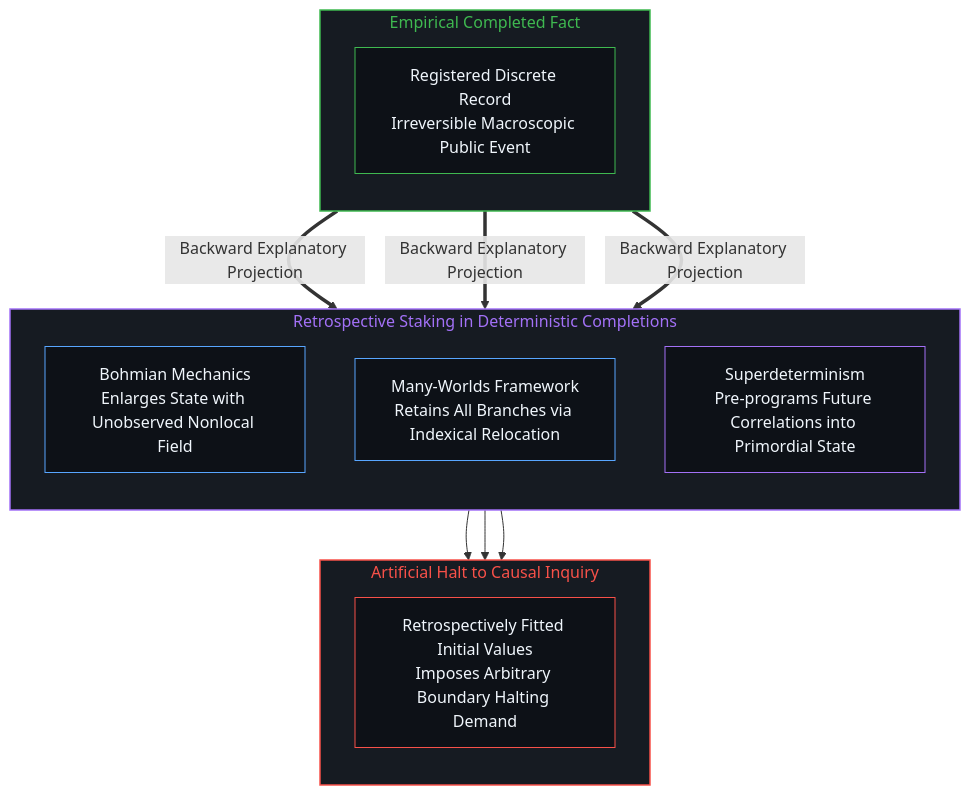
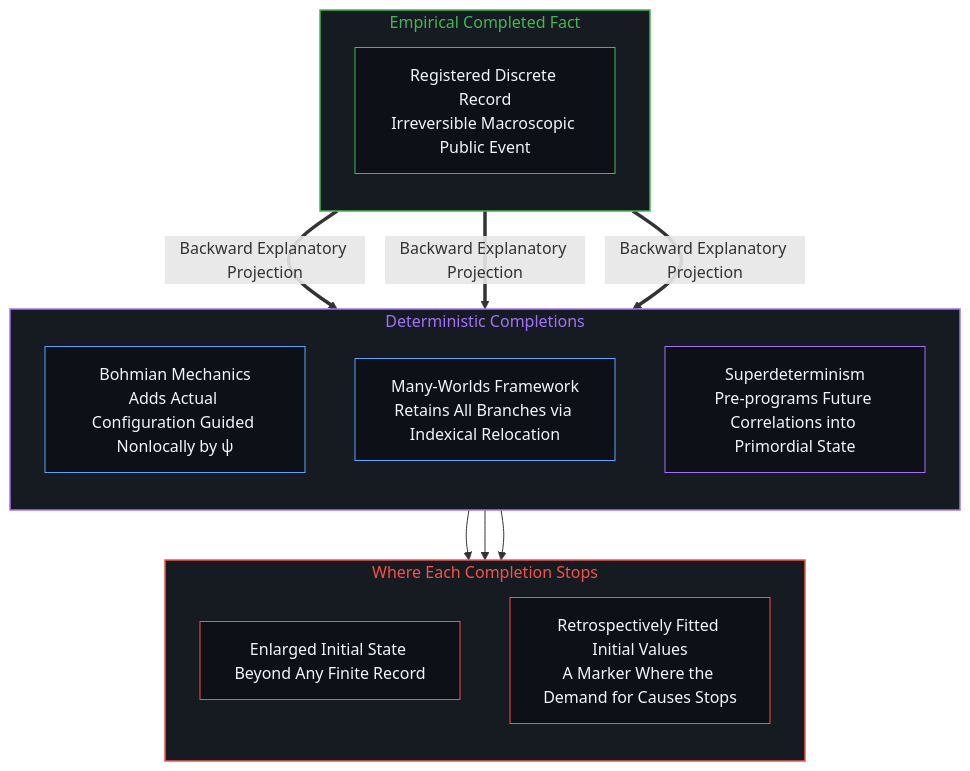
The fourth of 6 diagrams in content/posts/the-potential-infinity-of-operators-and-the-finite-horizon-of-records.md (powerpig99/not-a-toe), drawn with Mermaid before and after one commit. The commit also changed other lines of this file and 1 other file, not shown here.

Commit message:
Wave 2 L2 node 2 refinement: the-potential-infinity-of-operators-and-the-finite-horizon-of-records

````diff
--- a/content/posts/the-potential-infinity-of-operators-and-the-finite-horizon-of-records.md
+++ b/content/posts/the-potential-infinity-of-operators-and-the-finite-horizon-of-records.md
@@ -120,32 +122,34 @@
 ```mermaid
 flowchart TD
     subgraph S_EXPERIMENT ["Empirical Completed Fact"]
         direction TB
         A["Registered Discrete Record<br/>Irreversible Macroscopic Public Event"]
     end
-    subgraph S_COMPLETION ["Retrospective Staking in Deterministic Completions"]
+    subgraph S_COMPLETION ["Deterministic Completions"]
         direction TB
-        B["Bohmian Mechanics<br/>Enlarges State with Unobserved Nonlocal Field"]
+        B["Bohmian Mechanics<br/>Adds Actual Configuration Guided Nonlocally by ψ"]
         C["Many-Worlds Framework<br/>Retains All Branches via Indexical Relocation"]
         D["Superdeterminism<br/>Pre-programs Future Correlations into Primordial State"]
     end
-    subgraph S_HALT ["Artificial Halt to Causal Inquiry"]
+    subgraph S_HALT ["Where Each Completion Stops"]
         direction TB
-        E["Retrospectively Fitted Initial Values<br/>Imposes Arbitrary Boundary Halting Demand"]
+        F["Enlarged Initial State Beyond Any Finite Record"]
+        E["Retrospectively Fitted Initial Values<br/>A Marker Where the Demand for Causes Stops"]
     end
     A ==>|Backward Explanatory Projection| B
     A ==>|Backward Explanatory Projection| C
     A ==>|Backward Explanatory Projection| D
-    B --> E
-    C --> E
+    B --> F
+    C --> F
     D --> E
 
     style S_EXPERIMENT fill:#161b22,stroke:#3fb950,stroke-width:1.5px,color:#3fb950
     style S_COMPLETION fill:#161b22,stroke:#a371f7,stroke-width:1.5px,color:#a371f7
     style S_HALT fill:#161b22,stroke:#f85149,stroke-width:1.5px,color:#f85149
     style A fill:#0d1117,stroke:#3fb950,stroke-width:1px,color:#f0f6fc
     style B fill:#0d1117,stroke:#58a6ff,stroke-width:1px,color:#f0f6fc
     style C fill:#0d1117,stroke:#58a6ff,stroke-width:1px,color:#f0f6fc
     style D fill:#0d1117,stroke:#a371f7,stroke-width:1px,color:#f0f6fc
     style E fill:#0d1117,stroke:#f85149,stroke-width:1px,color:#f0f6fc
+    style F fill:#0d1117,stroke:#f85149,stroke-width:1px,color:#f0f6fc
 ```
````
